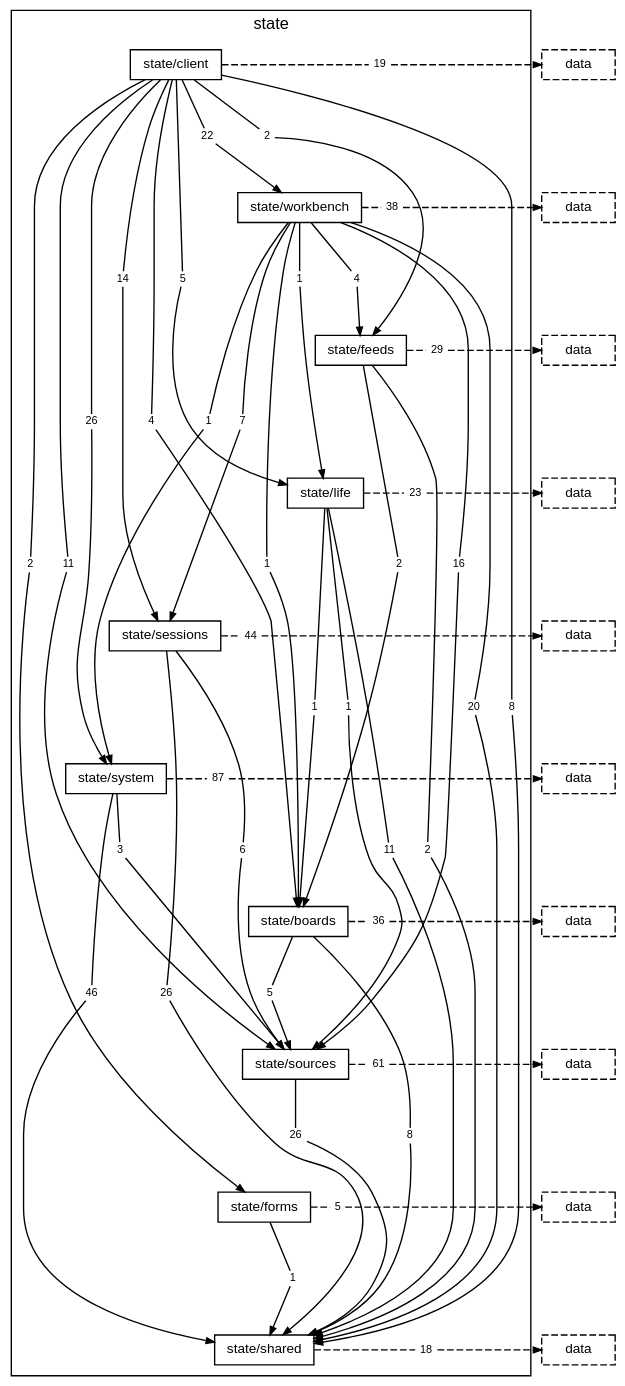
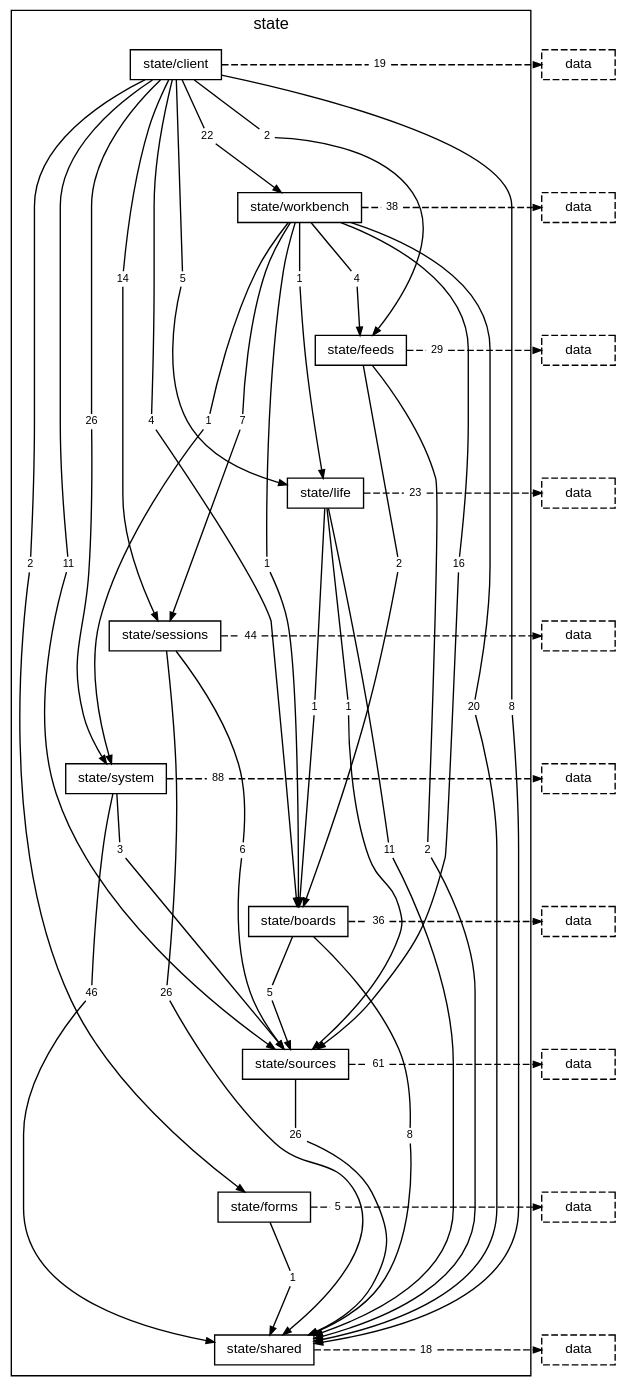
Before and after one commit to TheAxeC/oculus: the diagram in docs/diagrams/layer-state.dot, drawn with Graphviz. The commit also changed 109 other files, not shown here.

```diff
--- a/docs/diagrams/layer-state.dot
+++ b/docs/diagrams/layer-state.dot
@@ -44,7 +44,7 @@
         "folder state/sessions to layer data" [label="44", shape=box, color="transparent", fontsize=8, width=0, height=0, margin="0.04,0.02"];
         "folder state/system to folder state/shared" [label="46", shape=box, color="transparent", fontsize=8, width=0, height=0, margin="0.04,0.02"];
         "folder state/system to folder state/sources" [label="3", shape=box, color="transparent", fontsize=8, width=0, height=0, margin="0.04,0.02"];
-        "folder state/system to layer data" [label="87", shape=box, color="transparent", fontsize=8, width=0, height=0, margin="0.04,0.02"];
+        "folder state/system to layer data" [label="88", shape=box, color="transparent", fontsize=8, width=0, height=0, margin="0.04,0.02"];
         "folder state/boards to folder state/shared" [label="8", shape=box, color="transparent", fontsize=8, width=0, height=0, margin="0.04,0.02"];
         "folder state/boards to folder state/sources" [label="5", shape=box, color="transparent", fontsize=8, width=0, height=0, margin="0.04,0.02"];
         "folder state/boards to layer data" [label="36", shape=box, color="transparent", fontsize=8, width=0, height=0, margin="0.04,0.02"];
```
